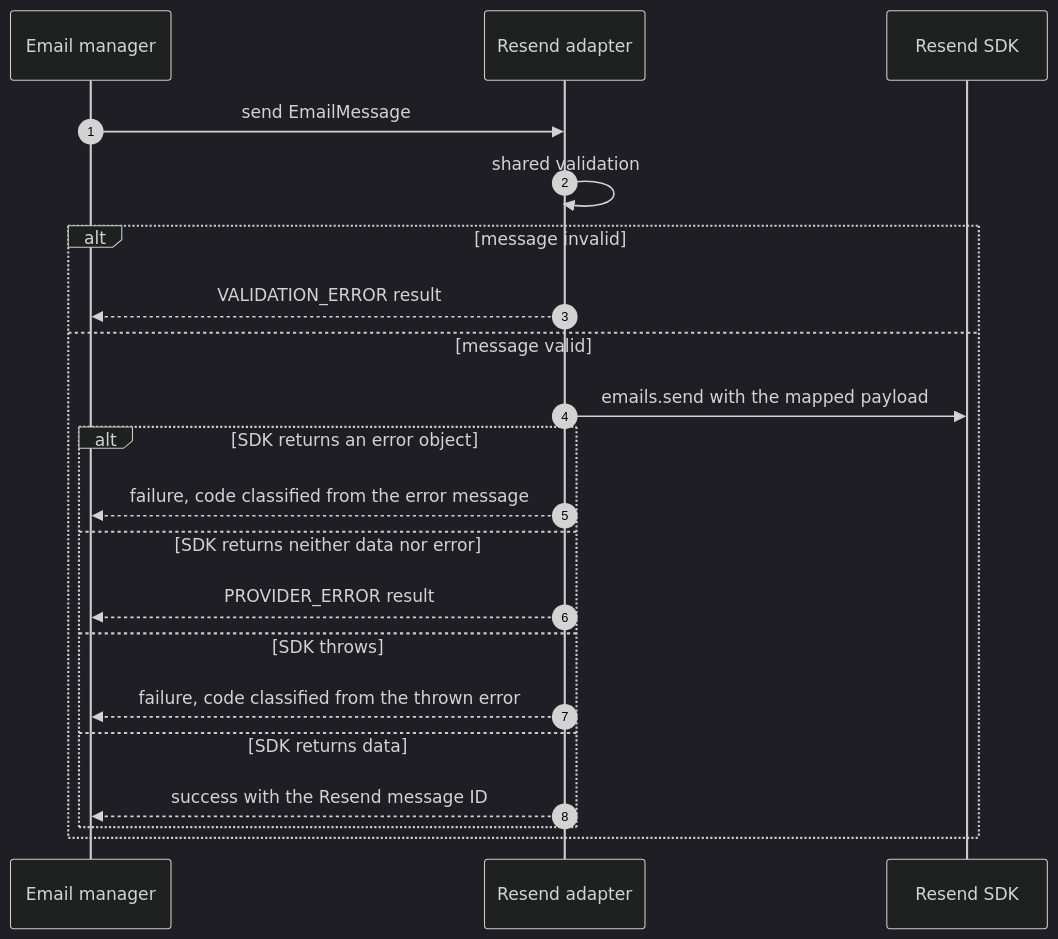
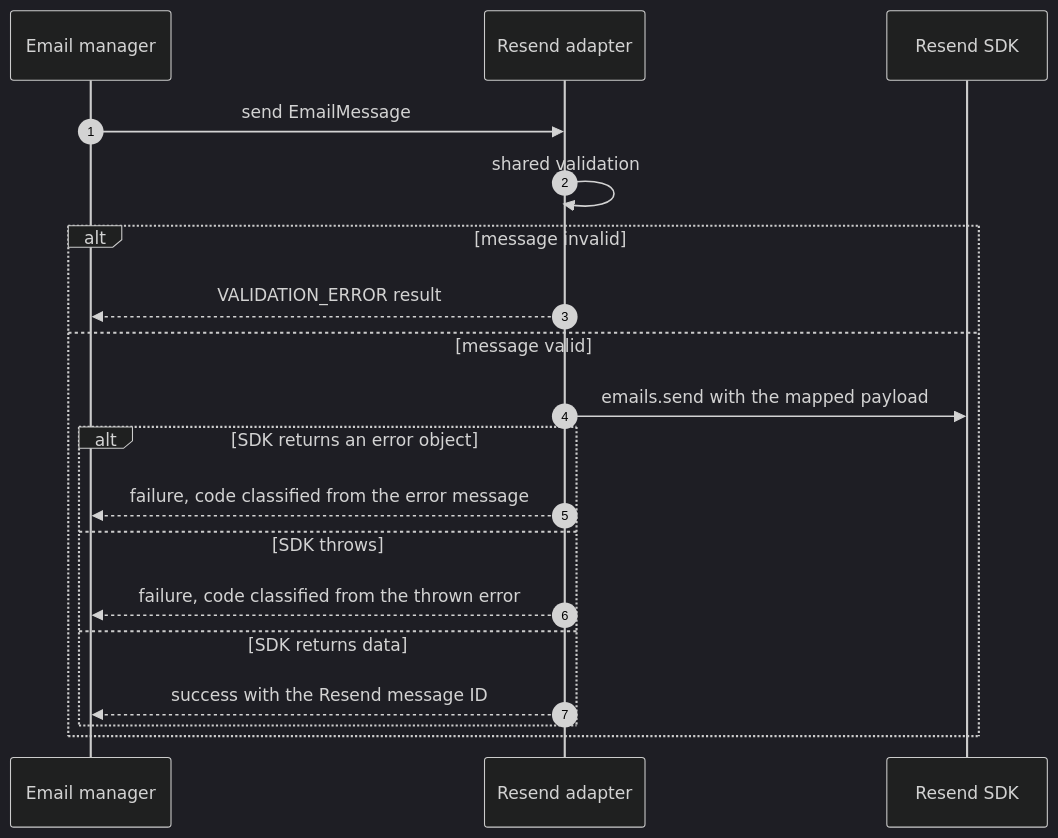
Before and after one commit to NextNodeSolutions/core: the first of 2 diagrams in packages/email-manager/docs/providers/resend.md, drawn with Mermaid (dark theme). The commit also changed 5 other files, not shown here.

````diff
--- a/packages/email-manager/docs/providers/resend.md
+++ b/packages/email-manager/docs/providers/resend.md
@@ -32,23 +32,21 @@
 ```mermaid
 sequenceDiagram
     autonumber
     participant M as Email manager
     participant A as Resend adapter
     participant SDK as Resend SDK
     M->>A: send EmailMessage
     A->>A: shared validation
     alt message invalid
         A-->>M: VALIDATION_ERROR result
     else message valid
         A->>SDK: emails.send with the mapped payload
         alt SDK returns an error object
             A-->>M: failure, code classified from the error message
-        else SDK returns neither data nor error
-            A-->>M: PROVIDER_ERROR result
         else SDK throws
             A-->>M: failure, code classified from the thrown error
         else SDK returns data
             A-->>M: success with the Resend message ID
         end
     end
 ```
````
